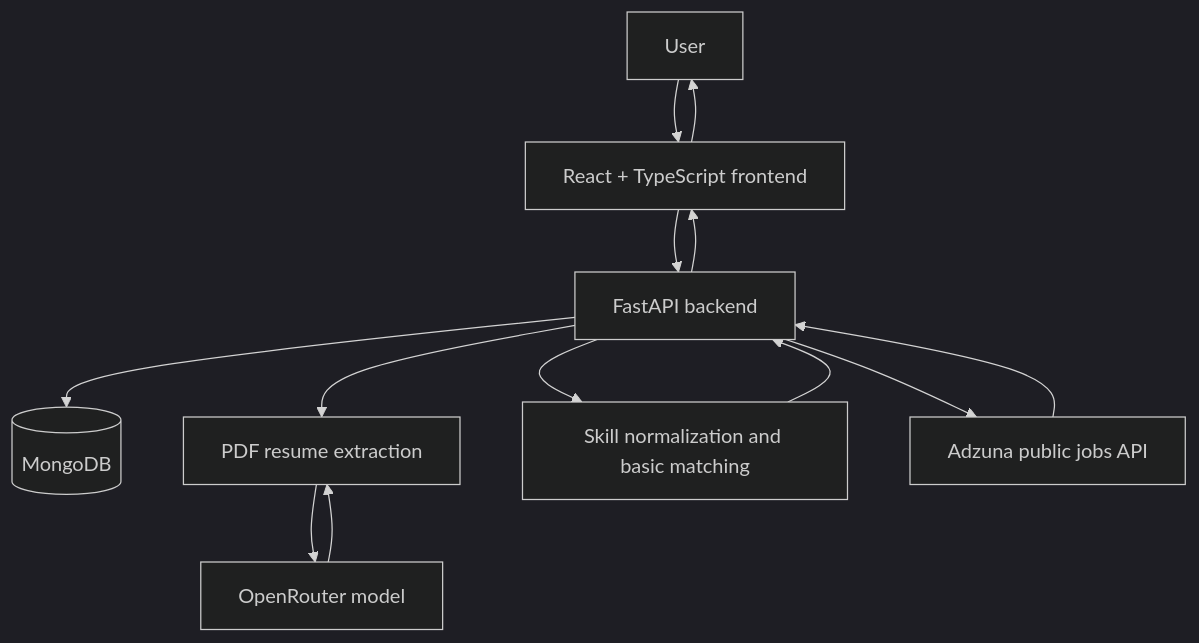
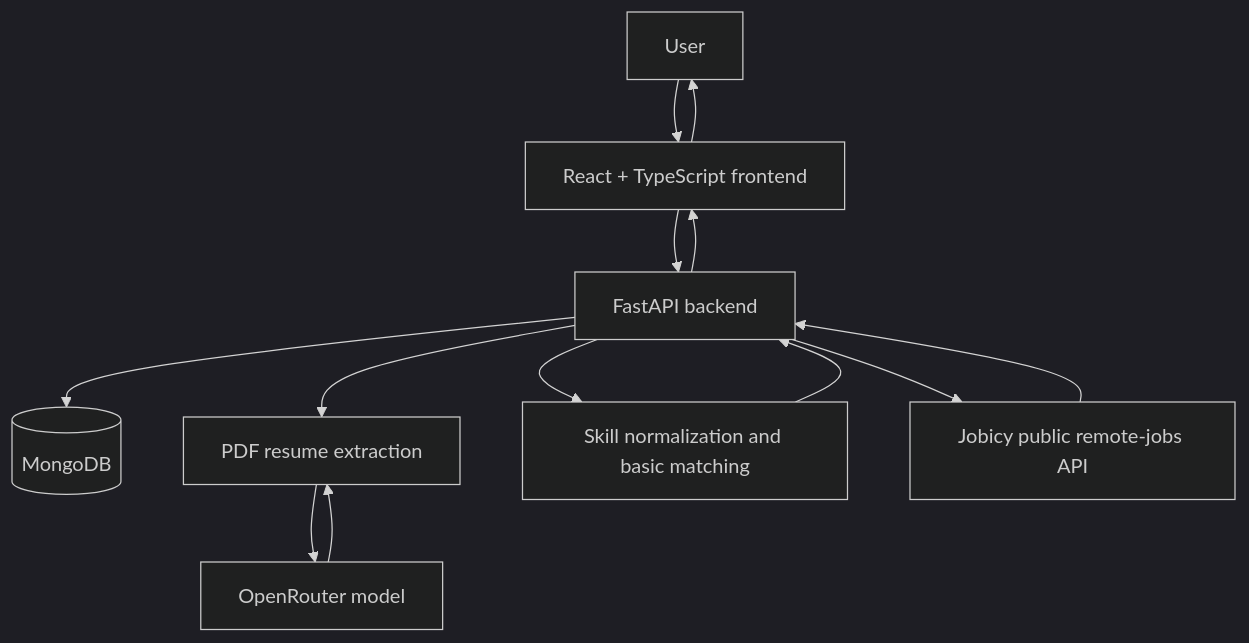
Before and after one commit to musahibpasha/careerpilot-ai: the diagram in README.md, drawn with Mermaid (dark theme). The commit also changed other lines of this file and 14 other files, not shown here.

````diff
--- a/README.md
+++ b/README.md
@@ -101,15 +115,15 @@
 ```mermaid
 flowchart TD
     U[User] --> FE[React + TypeScript frontend]
     FE --> API[FastAPI backend]
     API --> DB[(MongoDB)]
     API --> RES[PDF resume extraction]
     RES --> AI[OpenRouter model]
     AI --> RES
     API --> MATCH[Skill normalization and basic matching]
-    API --> ADZ[Adzuna public jobs API]
-    ADZ --> API
+    API --> JOBICY[Jobicy public remote-jobs API]
+    JOBICY --> API
     MATCH --> API
     API --> FE
     FE --> U
 ```
````
